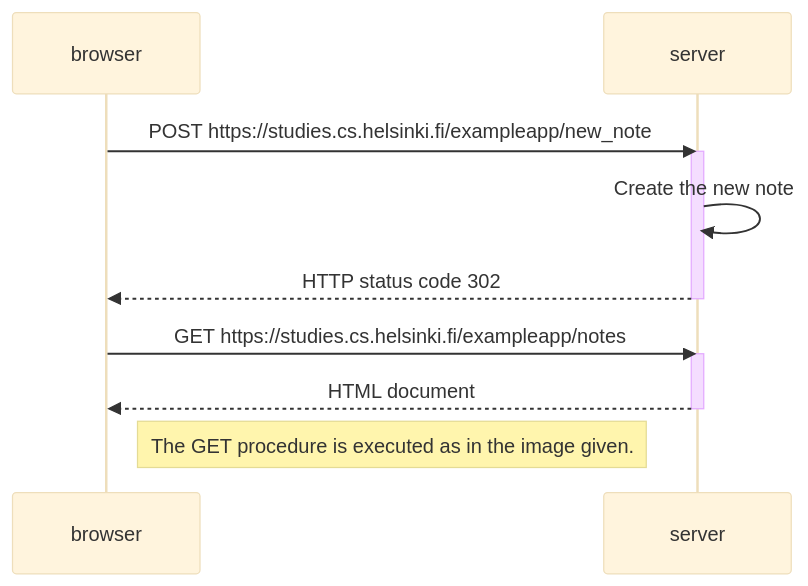
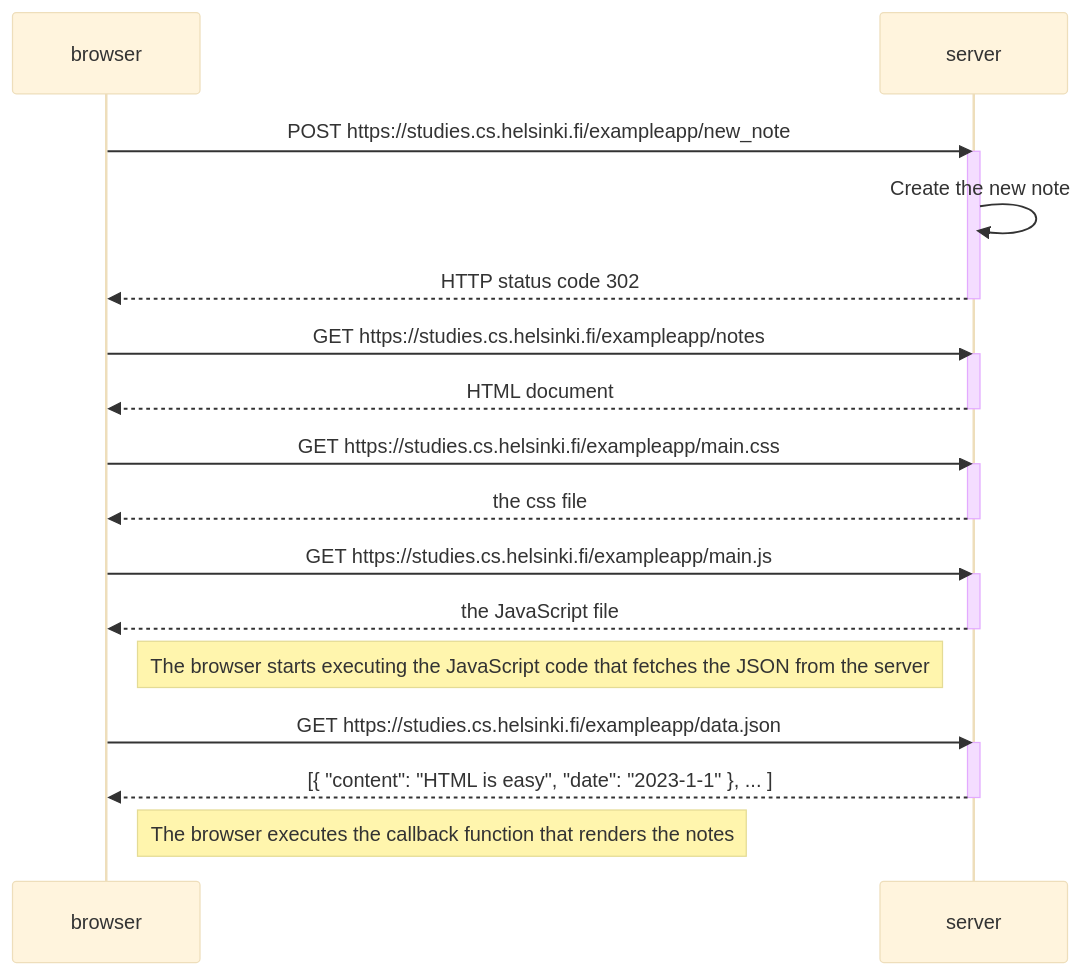
Before and after one commit to aquocite/fullstack-2024: the diagram in part0/0-4.md, drawn with Mermaid (base theme).

````diff
--- a/part0/0-4.md
+++ b/part0/0-4.md
@@ -1,19 +1,36 @@
 ```mermaid
 sequenceDiagram
     participant browser
     participant server
     
     browser->>server: POST https://studies.cs.helsinki.fi/exampleapp/new_note
     activate server
     server->>server: Create the new note
     server-->>browser: HTTP status code 302
     deactivate server
 
     browser->>server: GET https://studies.cs.helsinki.fi/exampleapp/notes
     activate server
     server-->>browser: HTML document
     deactivate server
     
-    Note right of browser: The GET procedure is executed as in the image given.
+    browser->>server: GET https://studies.cs.helsinki.fi/exampleapp/main.css
+    activate server
+    server-->>browser: the css file
+    deactivate server
+    
+    browser->>server: GET https://studies.cs.helsinki.fi/exampleapp/main.js
+    activate server
+    server-->>browser: the JavaScript file
+    deactivate server
+    
+    Note right of browser: The browser starts executing the JavaScript code that fetches the JSON from the server
+    
+    browser->>server: GET https://studies.cs.helsinki.fi/exampleapp/data.json
+    activate server
+    server-->>browser: [{ "content": "HTML is easy", "date": "2023-1-1" }, ... ]
+    deactivate server    
+
+    Note right of browser: The browser executes the callback function that renders the notes 
 
 ```
````
